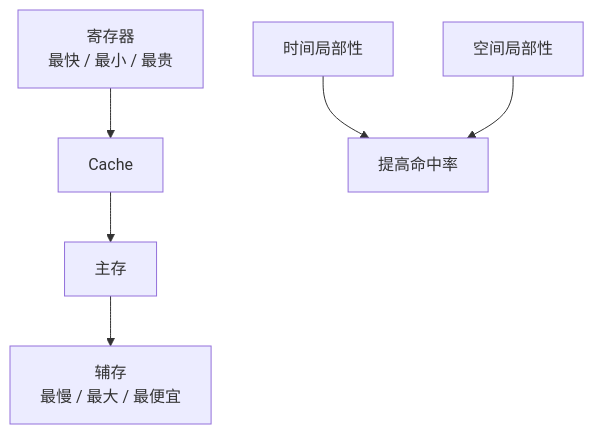
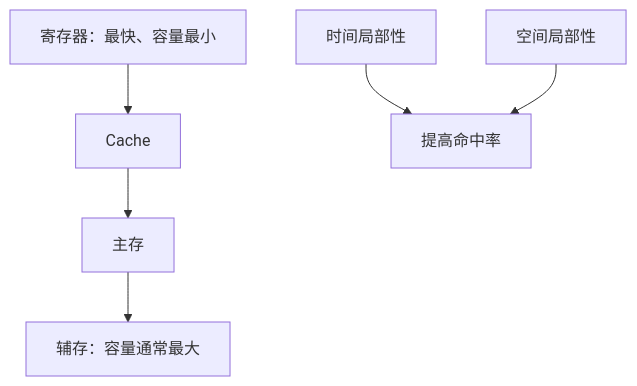
One commit to mingf423/ruankao changed the second of 2 diagrams in docs/system-architecture-designer/02_综合知识/计算机系统/计算机组成原理.md. Above: the diagram before and after it, drawn with Mermaid. The commit also changed other lines of this file, not shown here.

````diff
--- a/docs/system-architecture-designer/02_综合知识/计算机系统/计算机组成原理.md
+++ b/docs/system-architecture-designer/02_综合知识/计算机系统/计算机组成原理.md
@@ -70,8 +81,8 @@
 ```mermaid
 flowchart TD
-    R[寄存器<br/>最快 / 最小 / 最贵] --> Cache[Cache]
+    R[寄存器：最快、容量最小] --> Cache[Cache]
     Cache --> MM[主存]
-    MM --> Disk[辅存<br/>最慢 / 最大 / 最便宜]
+    MM --> Disk[辅存：容量通常最大]
     L1[时间局部性] --> Hit[提高命中率]
     L2[空间局部性] --> Hit
 ```
````
